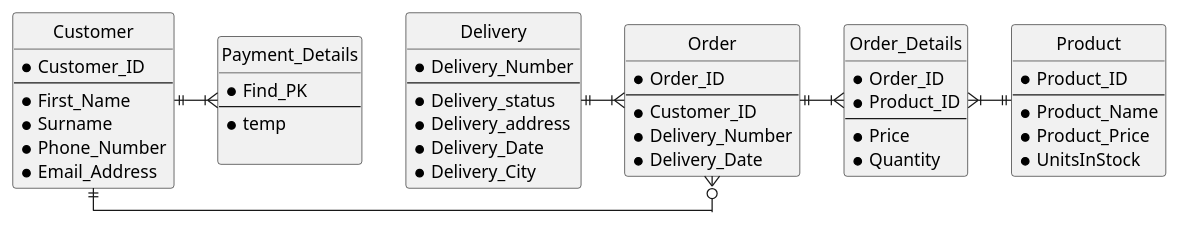
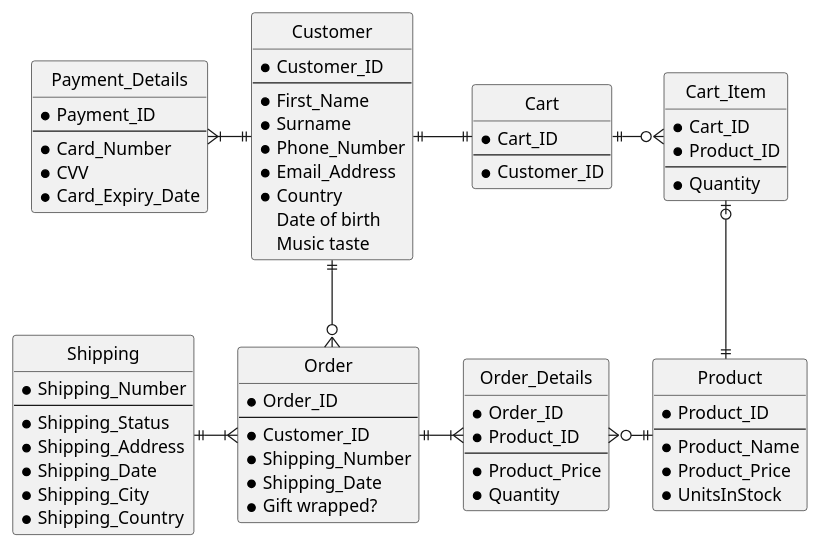
The diagram in milestone2/HVLo-Fi-erd.puml (shaystevens/INFO201-assignments), drawn with PlantUML before and after one commit.

Commit message:
ERD foundation done

```diff
--- a/milestone2/HVLo-Fi-erd.puml
+++ b/milestone2/HVLo-Fi-erd.puml
@@ -1,62 +1,84 @@
 @startuml HV Lo-Fi
 
 skinparam Style StrictUML
 skinparam LineType ortho
 skinparam monochrome true
 
 class Customer {
     * Customer_ID
 --
     * First_Name
     * Surname
     * Phone_Number
     * Email_Address
+    * Country
+    Date of birth
+    Music taste
 }
 
 class Product {
     * Product_ID
 --
     * Product_Name
     * Product_Price
     * UnitsInStock
 }
 
 class Order {
     * Order_ID
 --
     * Customer_ID
-    * Delivery_Number
-    * Delivery_Date
+    * Shipping_Number
+    * Shipping_Date
+    * Gift wrapped?
 }
 
-class Delivery {
-    * Delivery_Number
+class Shipping {
+    * Shipping_Number
 --
-    * Delivery_status
-    * Delivery_address
-    * Delivery_Date
-    * Delivery_City
+    * Shipping_Status
+    * Shipping_Address
+    * Shipping_Date
+    * Shipping_City
+    * Shipping_Country
 }
 
 class Payment_Details {
-    * Find_PK
+    * Payment_ID
 --
-    * temp
-
+    * Card_Number
+    * CVV
+    * Card_Expiry_Date
 }
 
 class Order_Details {
     * Order_ID
     * Product_ID
 --
-    * Price
+    * Product_Price
     * Quantity
 }
 
-Customer ||-o{ Order
-Customer ||-|{ Payment_Details
-Delivery ||-|{ Order
+class Cart {
+    * Cart_ID
+--
+    * Customer_ID
+}
+
+class Cart_Item {
+    * Cart_ID
+    * Product_ID
+--
+    * Quantity
+}
+
+Customer ||--o{ Order
+Customer ||-|| Cart
+Cart ||-o{ Cart_Item
+Cart_Item |o-|| Product
+Payment_Details }|-|| Customer
+Shipping ||-|{ Order
 Order ||-|{ Order_Details
-Order_Details }|-|| Product
+Order_Details }o-|| Product
 
 @enduml
```
